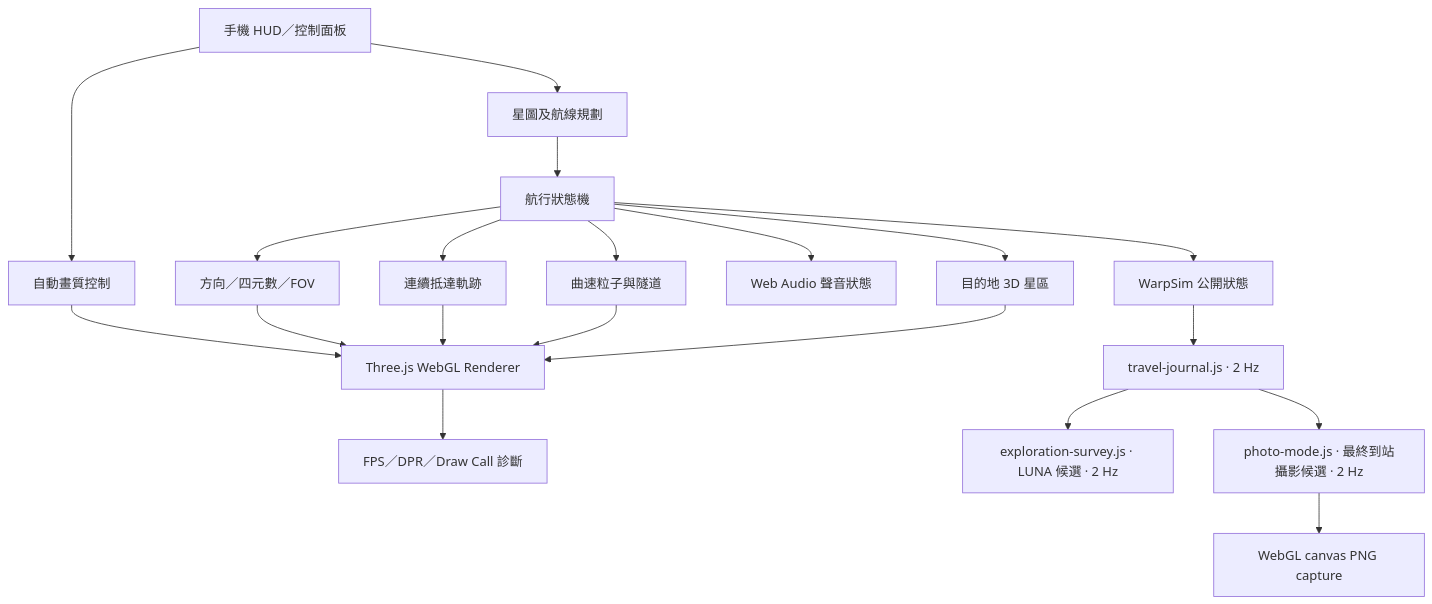
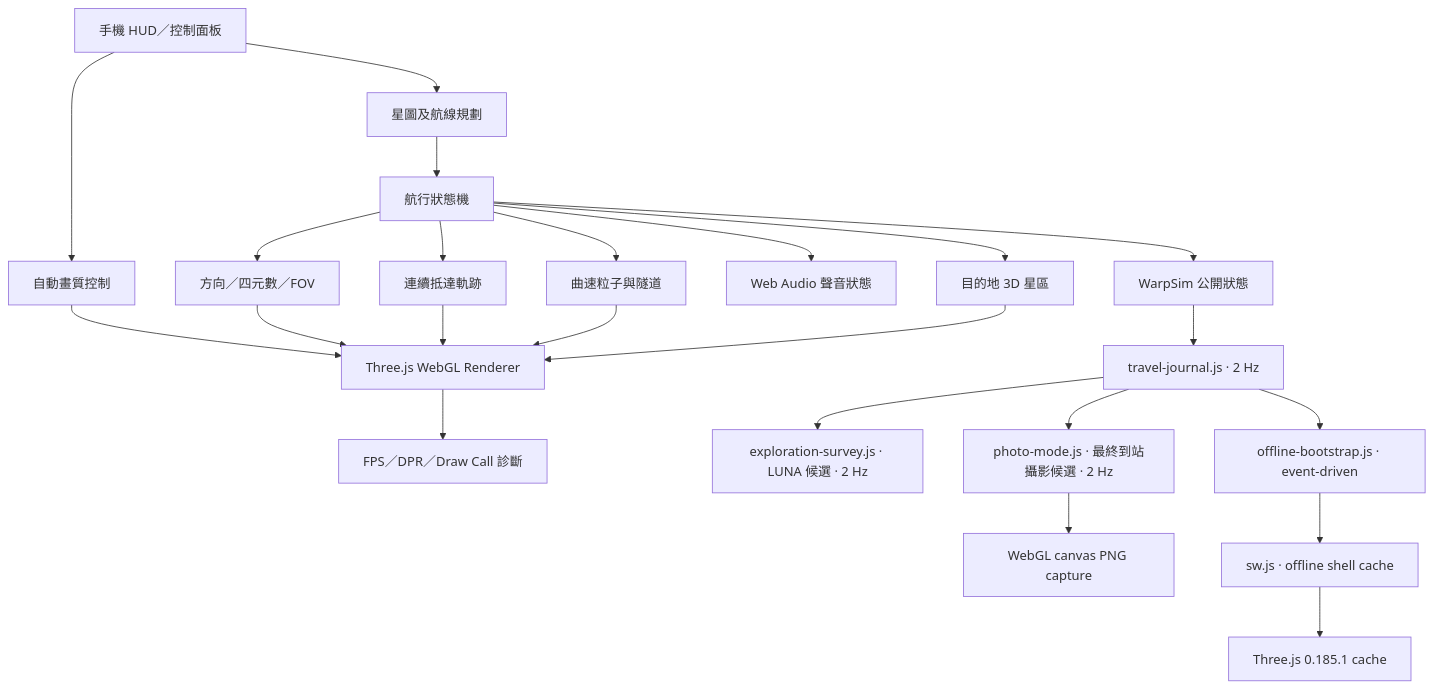
One commit to kenchan-pixel/stellar-wrap changed the diagram in docs/ARCHITECTURE.md. Above: the diagram before and after it, drawn with Mermaid. The commit also changed other lines of this file and 10 other files, not shown here.

````diff
--- a/docs/ARCHITECTURE.md
+++ b/docs/ARCHITECTURE.md
@@ -19,22 +20,25 @@
 ```mermaid
 flowchart TD
     UI[手機 HUD／控制面板] --> NAV[星圖及航線規劃]
     NAV --> FSM[航行狀態機]
     FSM --> CAMERA[方向／四元數／FOV]
     FSM --> ARRIVAL[連續抵達軌跡]
     FSM --> FX[曲速粒子與隧道]
     FSM --> SYSTEM[目的地 3D 星區]
     FSM --> AUDIO[Web Audio 聲音狀態]
     PERF[自動畫質控制] --> RENDER[Three.js WebGL Renderer]
     CAMERA --> RENDER
     ARRIVAL --> RENDER
     FX --> RENDER
     SYSTEM --> RENDER
     UI --> PERF
     RENDER --> DIAG[FPS／DPR／Draw Call 診斷]
     FSM --> API[WarpSim 公開狀態]
     API --> JOURNAL[travel-journal.js · 2 Hz]
     JOURNAL --> SURVEY[exploration-survey.js · LUNA 候選 · 2 Hz]
     JOURNAL --> PHOTO[photo-mode.js · 最終到站攝影候選 · 2 Hz]
+    JOURNAL --> OFFLINE[offline-bootstrap.js · event-driven]
     PHOTO --> CANVAS[WebGL canvas PNG capture]
+    OFFLINE --> SW[sw.js · offline shell cache]
+    SW --> CDN[Three.js 0.185.1 cache]
 ```
````
